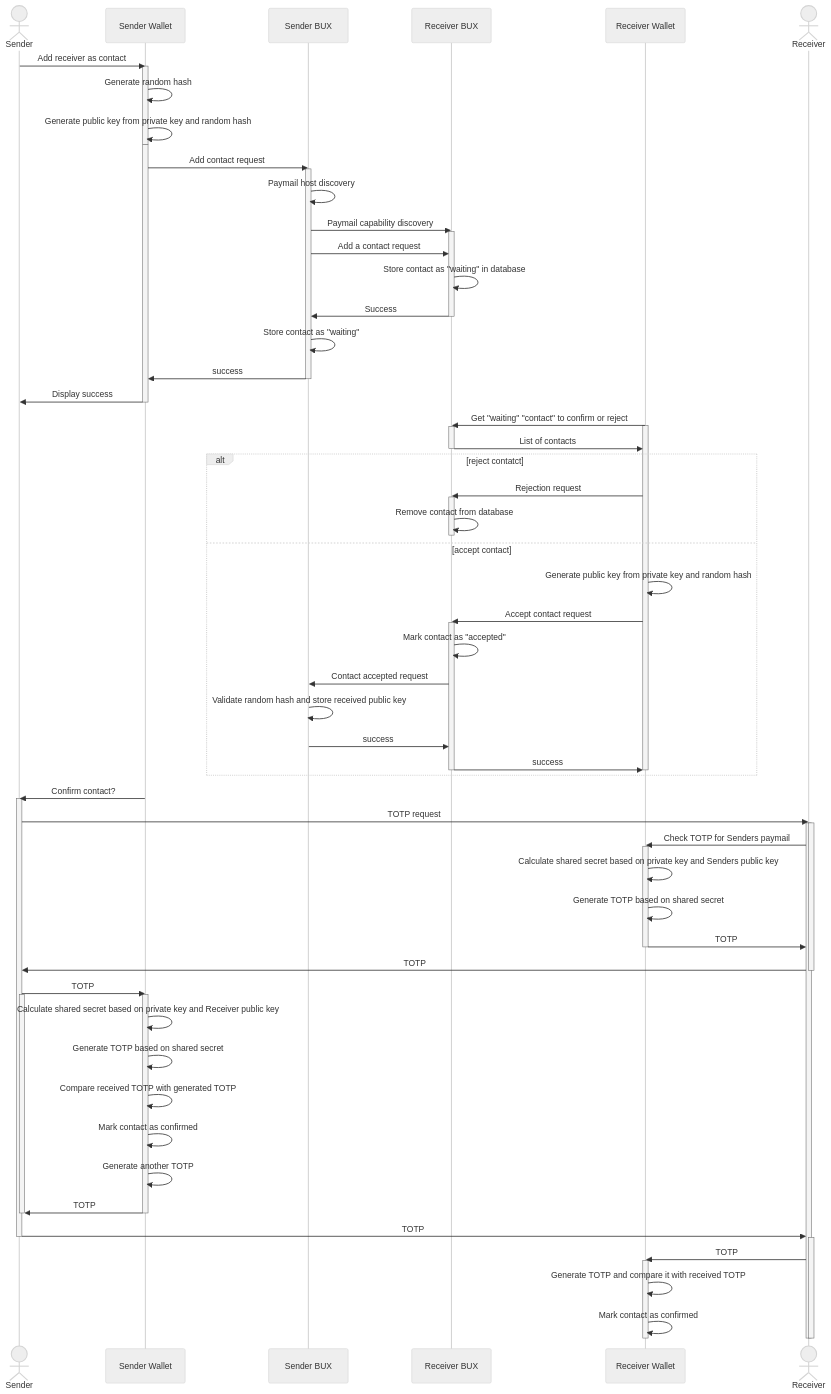
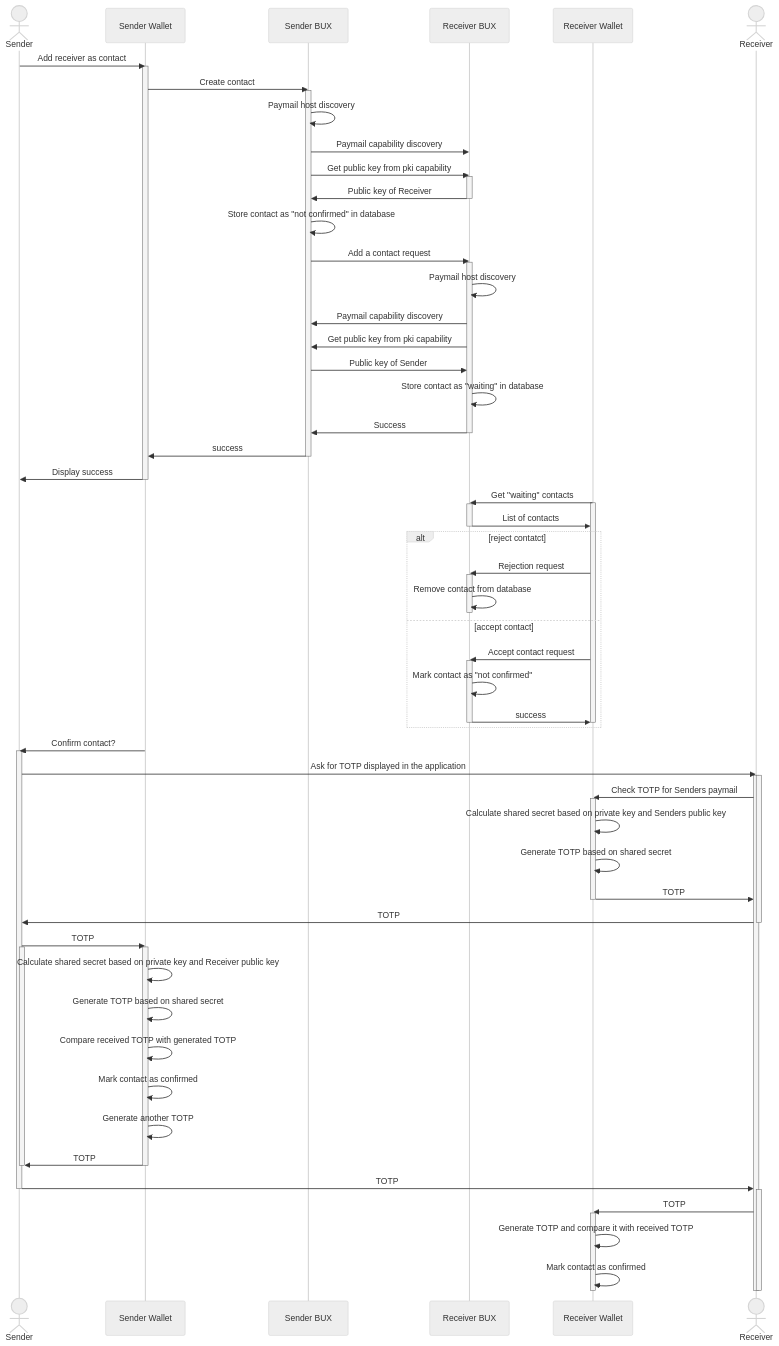
Before and after one commit to bitcoin-sv/BRCs: the diagram in peer-to-peer/0077.md, drawn with Mermaid (neutral theme). The commit also changed other lines of this file, not shown here.

Commit message:
BRC-77 update the flow to the simpler version

```diff
--- a/peer-to-peer/0077.md
+++ b/peer-to-peer/0077.md
@@ -92,26 +43,30 @@
 
     Sender->>Sender Wallet: Add receiver as contact
     activate Sender Wallet
-    Sender Wallet->>Sender Wallet: Generate random hash
-    Sender Wallet->>Sender Wallet: Generate public key from private key and random hash
-    deactivate Sender Wallet
-    activate Sender Wallet
-    Sender Wallet->>Sender BUX: Add contact request
+    Sender Wallet->>Sender BUX: Create contact
     activate Sender BUX
     Sender BUX->>Sender BUX: Paymail host discovery
     Sender BUX->>Receiver BUX: Paymail capability discovery
+    Sender BUX->>Receiver BUX: Get public key from pki capability
     activate Receiver BUX
+    Receiver BUX->>Sender BUX: Public key of Receiver
+    deactivate Receiver BUX
+    Sender BUX->>Sender BUX: Store contact as "not confirmed" in database
     Sender BUX->>Receiver BUX: Add a contact request
+    activate Receiver BUX
+    Receiver BUX->>Receiver BUX: Paymail host discovery
+    Receiver BUX->>Sender BUX: Paymail capability discovery
+    Receiver BUX->>Sender BUX: Get public key from pki capability
+    Sender BUX->>Receiver BUX: Public key of Sender
     Receiver BUX->>Receiver BUX: Store contact as "waiting" in database
     Receiver BUX->>Sender BUX: Success
     deactivate Receiver BUX
-    Sender BUX->>Sender BUX: Store contact as "waiting"
     Sender BUX->>Sender Wallet: success
     deactivate Sender BUX
     Sender Wallet->>Sender: Display success
     deactivate Sender Wallet
     
-    Receiver Wallet->>Receiver BUX: Get "waiting" "contact" to confirm or reject
+    Receiver Wallet->>Receiver BUX: Get "waiting" contacts
     activate Receiver Wallet
     activate Receiver BUX
     Receiver BUX->>Receiver Wallet: List of contacts
@@ -122,20 +77,18 @@
         Receiver BUX->>Receiver BUX: Remove contact from database
         deactivate Receiver BUX
     else accept contact
-        Receiver Wallet->>Receiver Wallet: Generate public key from private key and random hash
         Receiver Wallet->>Receiver BUX: Accept contact request
         activate Receiver BUX
-        Receiver BUX->>Receiver BUX: Mark contact as "accepted"
-        Receiver BUX->>Sender BUX: Contact accepted request
-        Sender BUX->>Sender BUX: Validate random hash and store received public key
-        Sender BUX->>Receiver BUX: success
+        Receiver BUX->>Receiver BUX: Mark contact as "not confirmed"
         Receiver BUX->>Receiver Wallet: success
         deactivate Receiver BUX
         deactivate Receiver Wallet
     end
+    
+    
     Sender Wallet->>Sender: Confirm contact?
     activate Sender
-    Sender->>Receiver: TOTP request
+    Sender->>Receiver: Ask for TOTP displayed in the application
     activate Receiver
     activate Receiver
     Receiver->>Receiver Wallet: Check TOTP for Senders paymail
```
